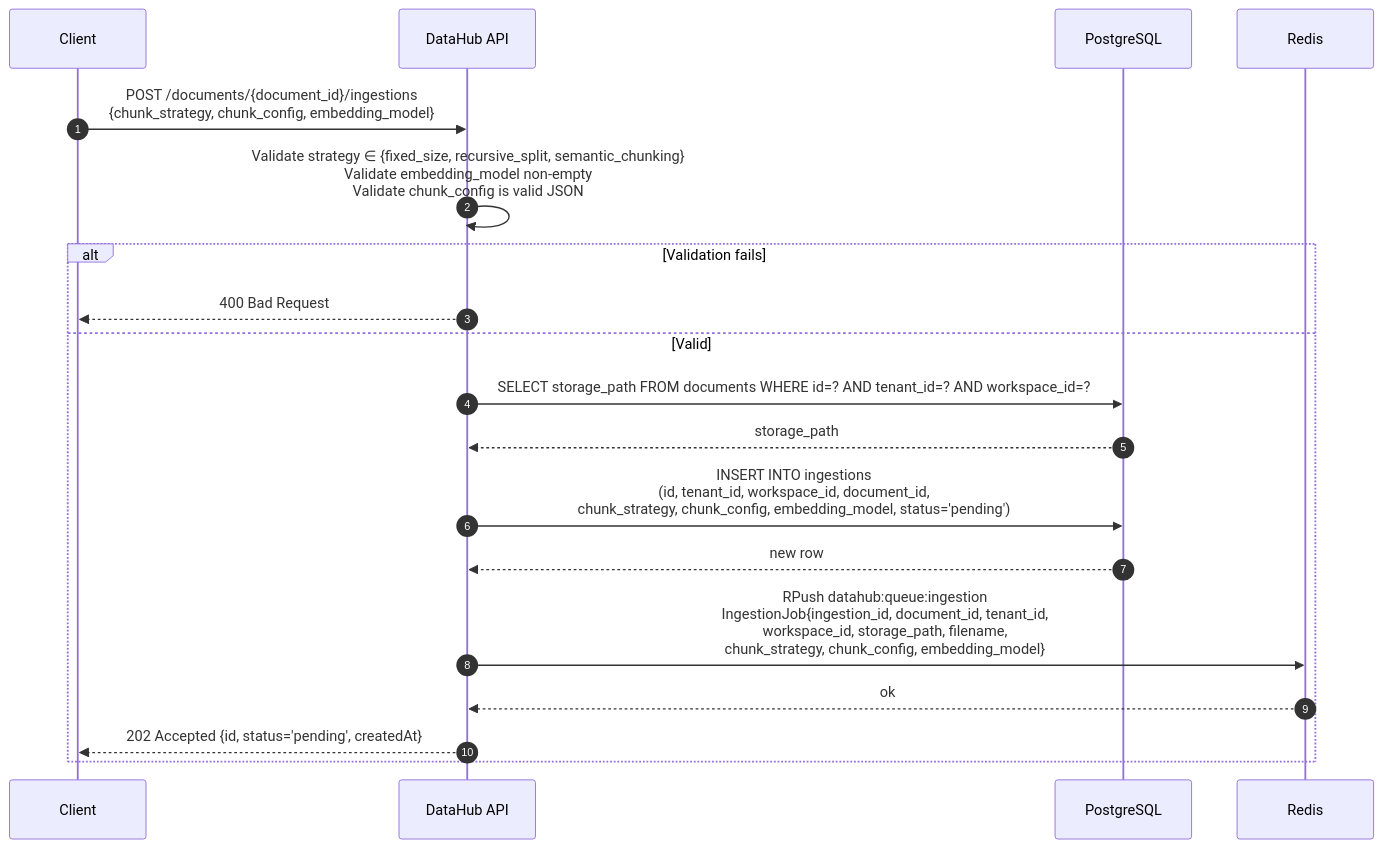
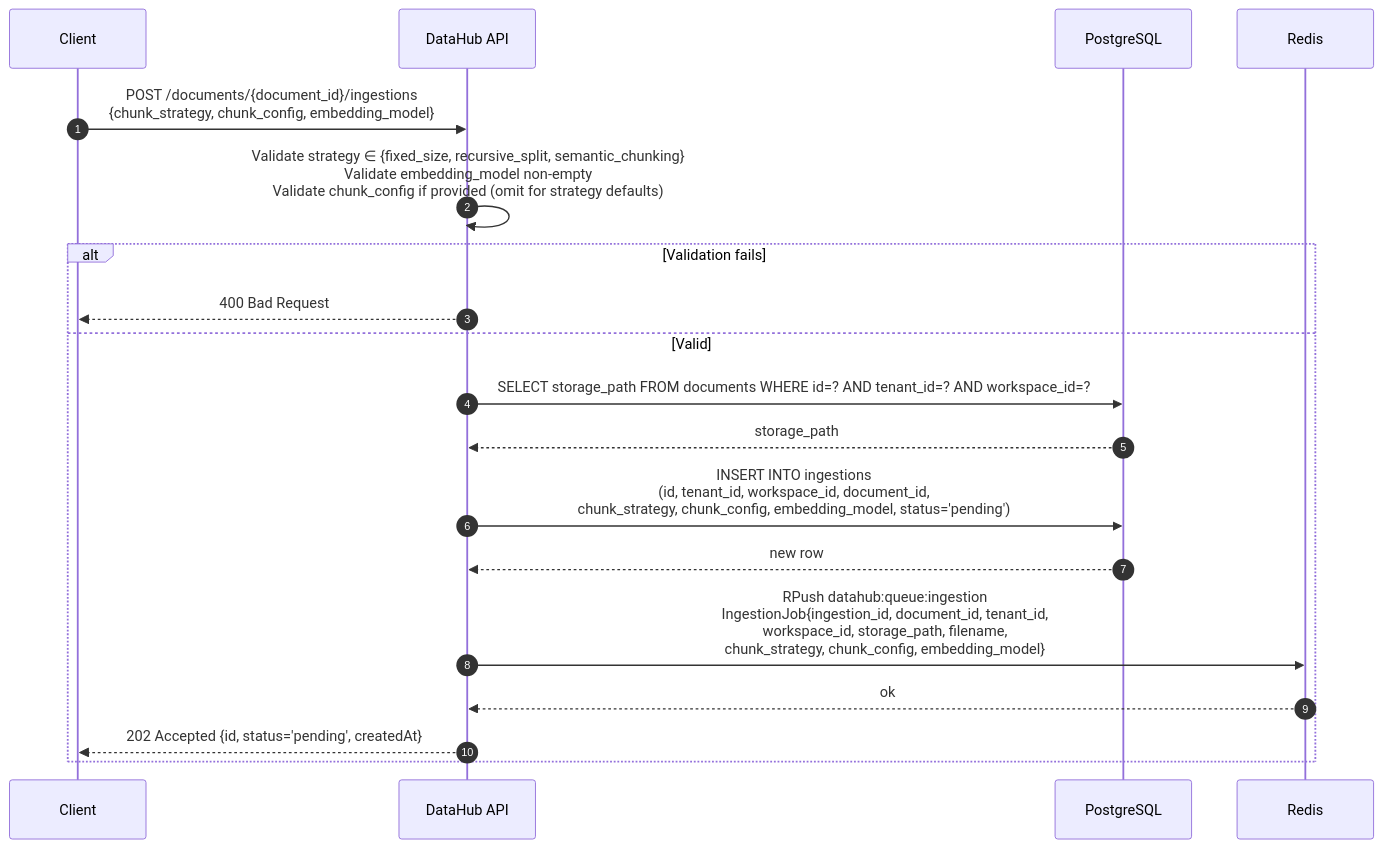
The fourth of 11 diagrams in docs/architecture/datahub/sequence.md (Andrew-Bu1/Agent-Platform), drawn with Mermaid before and after one commit. The commit also changed other lines of this file and 21 other files, not shown here.

````diff
--- a/docs/architecture/datahub/sequence.md
+++ b/docs/architecture/datahub/sequence.md
@@ -232,22 +232,22 @@
 ```mermaid
 sequenceDiagram
     autonumber
     participant C as Client
     participant DH as DataHub API
     participant DB as PostgreSQL
     participant Redis as Redis
 
     C->>DH: POST /documents/{document_id}/ingestions<br/>{chunk_strategy, chunk_config, embedding_model}
-    DH->>DH: Validate strategy ∈ {fixed_size, recursive_split, semantic_chunking}<br/>Validate embedding_model non-empty<br/>Validate chunk_config is valid JSON
+    DH->>DH: Validate strategy ∈ {fixed_size, recursive_split, semantic_chunking}<br/>Validate embedding_model non-empty<br/>Validate chunk_config if provided (omit for strategy defaults)
     alt Validation fails
         DH-->>C: 400 Bad Request
     else Valid
         DH->>DB: SELECT storage_path FROM documents WHERE id=? AND tenant_id=? AND workspace_id=?
         DB-->>DH: storage_path
         DH->>DB: INSERT INTO ingestions<br/>(id, tenant_id, workspace_id, document_id,<br/>chunk_strategy, chunk_config, embedding_model, status='pending')
         DB-->>DH: new row
         DH->>Redis: RPush datahub:queue:ingestion<br/>IngestionJob{ingestion_id, document_id, tenant_id,<br/>workspace_id, storage_path, filename,<br/>chunk_strategy, chunk_config, embedding_model}
         Redis-->>DH: ok
         DH-->>C: 202 Accepted {id, status='pending', createdAt}
     end
 ```
````
